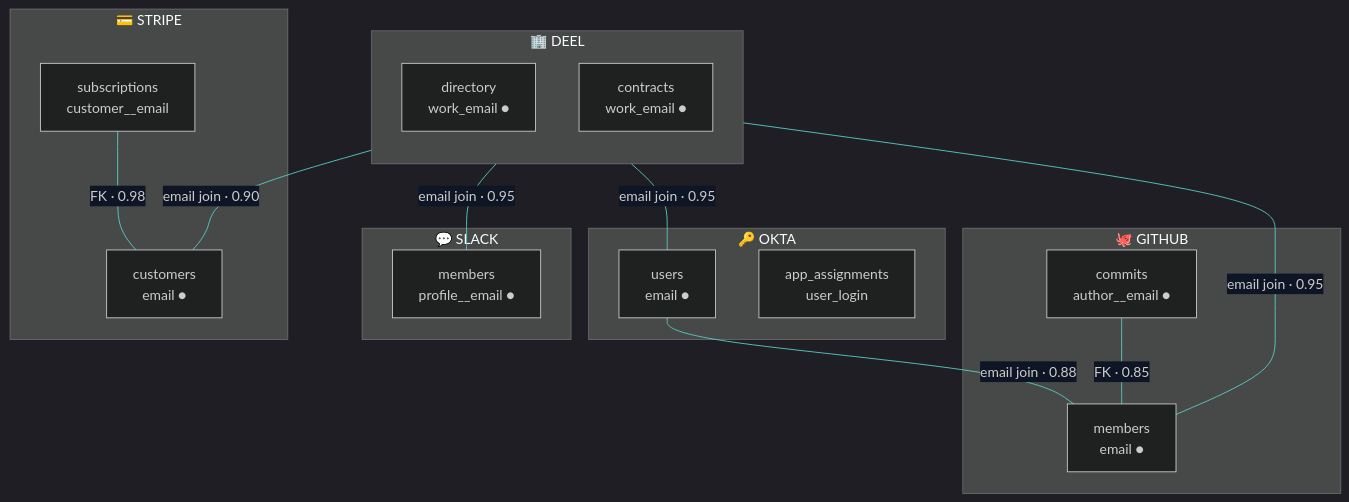
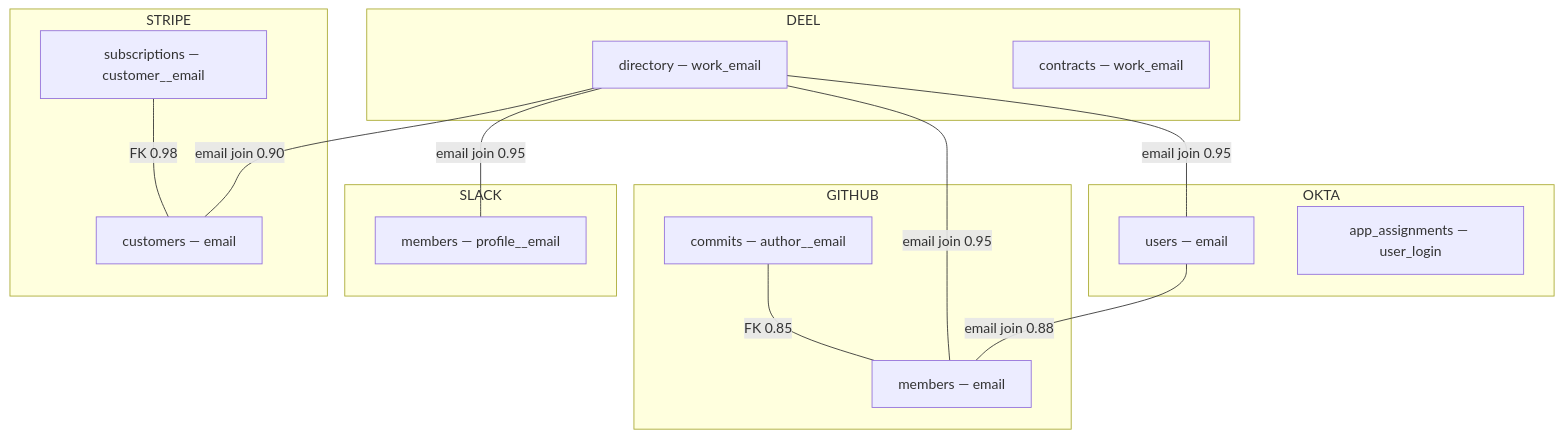
One commit to Sushant6095/Quatermaster-coral changed the second of 7 diagrams in README.md. Above: the diagram before and after it, drawn with Mermaid. The commit also changed other lines of this file, not shown here.

Commit message:
docs: fix all Mermaid diagram syntax — replace \n with labels, remove %%init%% theme vars, quote special chars

````diff
--- a/README.md
+++ b/README.md
@@ -178,32 +177,30 @@
 ```mermaid
-%%{init: {'theme': 'dark', 'themeVariables': {'primaryColor': '#13213A', 'lineColor': '#5BD2C7', 'primaryTextColor': '#E8EEF7', 'edgeLabelBackground': '#0E1626'}}}%%
 flowchart TB
-    subgraph DEEL["🏢 DEEL"]
-        direction TB
-        d1["directory\nwork_email ●"]
-        d2["contracts\nwork_email ●"]
+    subgraph DEEL["DEEL"]
+        d1["directory — work_email"]
+        d2["contracts — work_email"]
     end
-    subgraph OKTA["🔑 OKTA"]
-        o1["users\nemail ●"]
-        o2["app_assignments\nuser_login"]
+    subgraph OKTA["OKTA"]
+        o1["users — email"]
+        o2["app_assignments — user_login"]
     end
-    subgraph GITHUB["🐙 GITHUB"]
-        g1["members\nemail ●"]
-        g2["commits\nauthor__email ●"]
+    subgraph GITHUB["GITHUB"]
+        g1["members — email"]
+        g2["commits — author__email"]
     end
-    subgraph SLACK["💬 SLACK"]
-        s1["members\nprofile__email ●"]
+    subgraph SLACK["SLACK"]
+        s1["members — profile__email"]
     end
-    subgraph STRIPE["💳 STRIPE"]
-        st1["customers\nemail ●"]
-        st2["subscriptions\ncustomer__email"]
+    subgraph STRIPE["STRIPE"]
+        st1["customers — email"]
+        st2["subscriptions — customer__email"]
     end
 
-    d1 ---|"email join · 0.95"| o1
-    d1 ---|"email join · 0.95"| g1
-    d1 ---|"email join · 0.95"| s1
-    d1 ---|"email join · 0.90"| st1
-    o1 ---|"email join · 0.88"| g1
-    g2 ---|"FK · 0.85"| g1
-    st2 ---|"FK · 0.98"| st1
+    d1 ---|"email join 0.95"| o1
+    d1 ---|"email join 0.95"| g1
+    d1 ---|"email join 0.95"| s1
+    d1 ---|"email join 0.90"| st1
+    o1 ---|"email join 0.88"| g1
+    g2 ---|"FK 0.85"| g1
+    st2 ---|"FK 0.98"| st1
 ```
````
